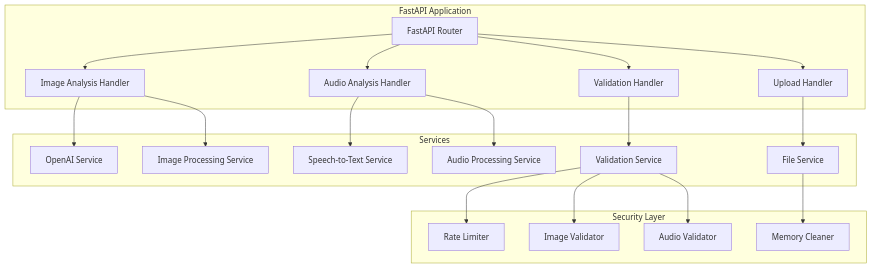
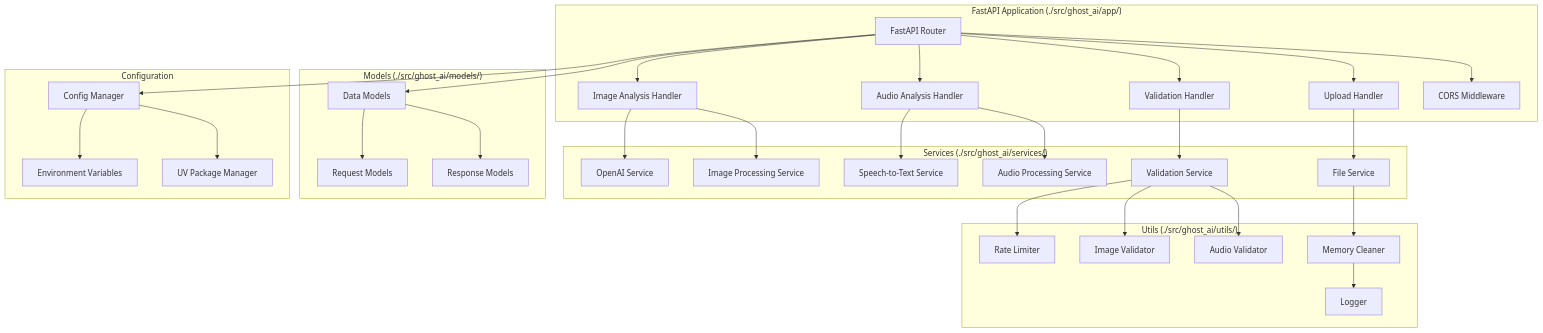
One commit to Mai0313/ghost-ai changed the third of 3 diagrams in .kiro/specs/ghost-ai/design.md. Above: the diagram before and after it, drawn with Mermaid. The commit also changed other lines of this file and 1 other file, not shown here.

````diff
--- a/.kiro/specs/ghost-ai/design.md
+++ b/.kiro/specs/ghost-ai/design.md
@@ -198,25 +257,39 @@
 ```mermaid
 graph TD
-    subgraph "FastAPI Application"
+    subgraph "FastAPI Application (./src/ghost_ai/app/)"
         API[FastAPI Router] --> IAH[Image Analysis Handler]
         API --> AAH[Audio Analysis Handler]
         API --> UH[Upload Handler]
         API --> VH[Validation Handler]
+        API --> CORS[CORS Middleware]
     end
 
-    subgraph "Services"
+    subgraph "Services (./src/ghost_ai/services/)"
         IAH --> OAS[OpenAI Service]
         IAH --> IPS[Image Processing Service]
         AAH --> STT[Speech-to-Text Service]
         AAH --> APS[Audio Processing Service]
         UH --> FS[File Service]
         VH --> VS[Validation Service]
     end
 
-    subgraph "Security Layer"
+    subgraph "Models (./src/ghost_ai/models/)"
+        API --> DM[Data Models]
+        DM --> REQ[Request Models]
+        DM --> RES[Response Models]
+    end
+
+    subgraph "Utils (./src/ghost_ai/utils/)"
         VS --> RL[Rate Limiter]
         VS --> IV[Image Validator]
         VS --> AV[Audio Validator]
         FS --> MC[Memory Cleaner]
+        MC --> LOG[Logger]
+    end
+
+    subgraph "Configuration"
+        API --> CFG[Config Manager]
+        CFG --> ENV[Environment Variables]
+        CFG --> UV[UV Package Manager]
     end
 ```
````
